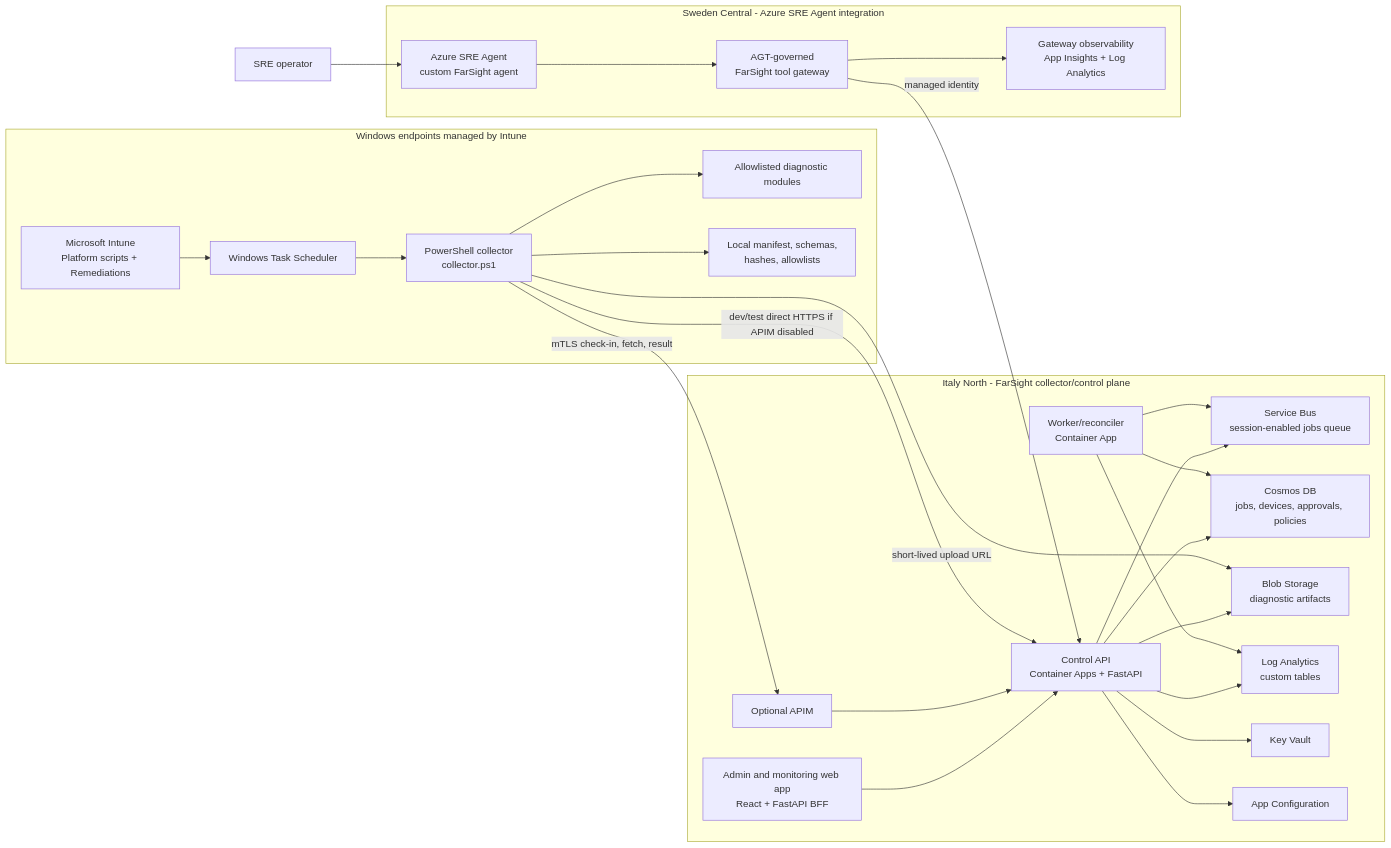
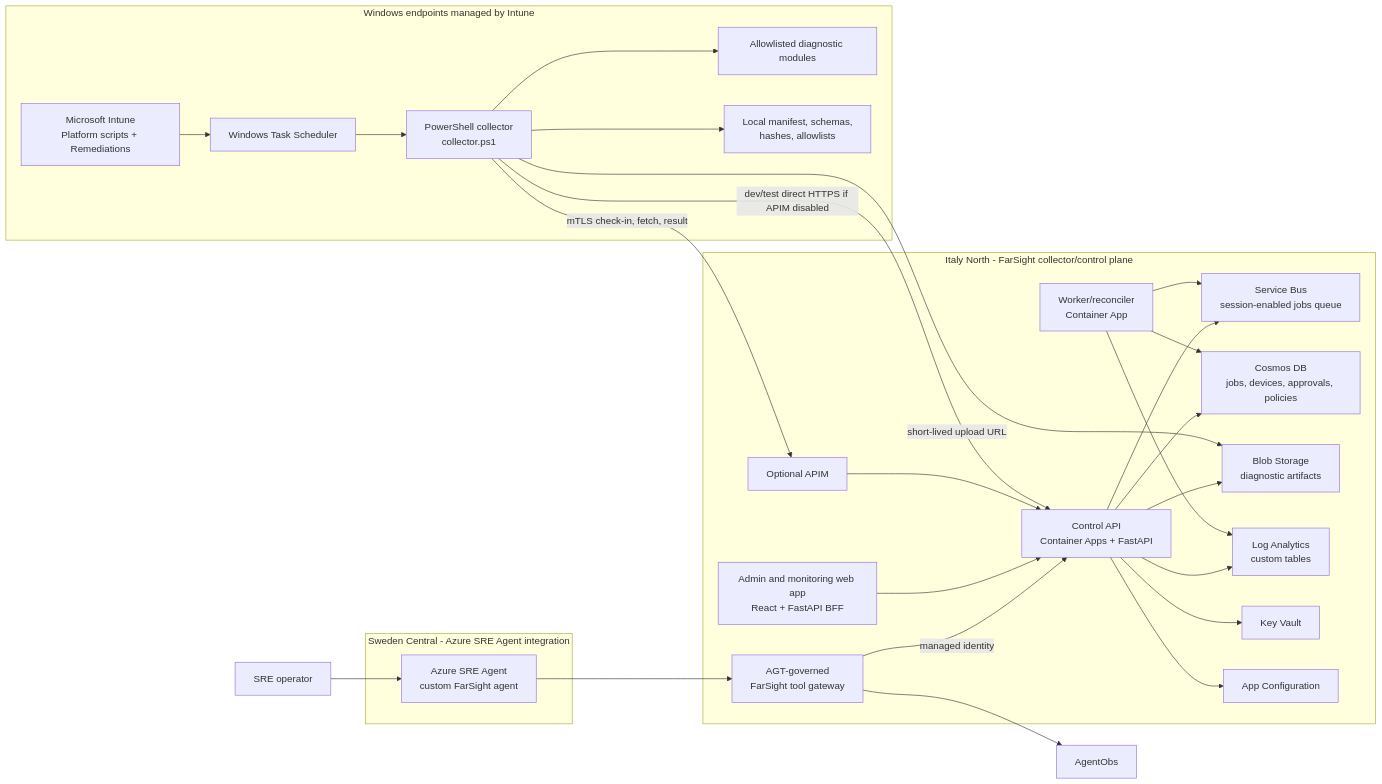
One commit to MikeCer/agent-azure-farsight changed the first of 7 diagrams in docs/architecture/architecture-diagrams.md. Above: the diagram before and after it, drawn with Mermaid. The commit also changed 29 other files, not shown here.

````diff
--- a/docs/architecture/architecture-diagrams.md
+++ b/docs/architecture/architecture-diagrams.md
@@ -9,52 +9,51 @@
 ```mermaid
 flowchart LR
     subgraph Endpoints["Windows endpoints managed by Intune"]
         Intune["Microsoft Intune<br/>Platform scripts + Remediations"]
         Task["Windows Task Scheduler"]
         Collector["PowerShell collector<br/>collector.ps1"]
         Modules["Allowlisted diagnostic modules"]
         LocalPolicy["Local manifest, schemas,<br/>hashes, allowlists"]
         Intune --> Task
         Task --> Collector
         Collector --> LocalPolicy
         Collector --> Modules
     end
 
     subgraph Italy["Italy North - FarSight collector/control plane"]
         Api["Control API<br/>Container Apps + FastAPI"]
         Admin["Admin and monitoring web app<br/>React + FastAPI BFF"]
         Worker["Worker/reconciler<br/>Container App"]
+        Gateway["AGT-governed<br/>FarSight tool gateway"]
         SB["Service Bus<br/>session-enabled jobs queue"]
         Cosmos["Cosmos DB<br/>jobs, devices, approvals, policies"]
         Blob["Blob Storage<br/>diagnostic artifacts"]
         LA["Log Analytics<br/>custom tables"]
         KV["Key Vault"]
         AppConfig["App Configuration"]
         APIM["Optional APIM"]
     end
 
     subgraph Sweden["Sweden Central - Azure SRE Agent integration"]
         SRE["Azure SRE Agent<br/>custom FarSight agent"]
-        Gateway["AGT-governed<br/>FarSight tool gateway"]
-        AgentObs["Gateway observability<br/>App Insights + Log Analytics"]
     end
 
     Operator["SRE operator"] --> SRE
     SRE --> Gateway
     Gateway -->|managed identity| Api
     Admin --> Api
     Api --> Cosmos
     Api --> SB
     Api --> Blob
     Api --> LA
     Api --> KV
     Api --> AppConfig
     Worker --> SB
     Worker --> Cosmos
     Worker --> LA
     Collector -->|mTLS check-in, fetch, result| APIM
     APIM --> Api
     Collector -->|dev/test direct HTTPS if APIM disabled| Api
     Collector -->|short-lived upload URL| Blob
     Gateway --> AgentObs
 ```
````
